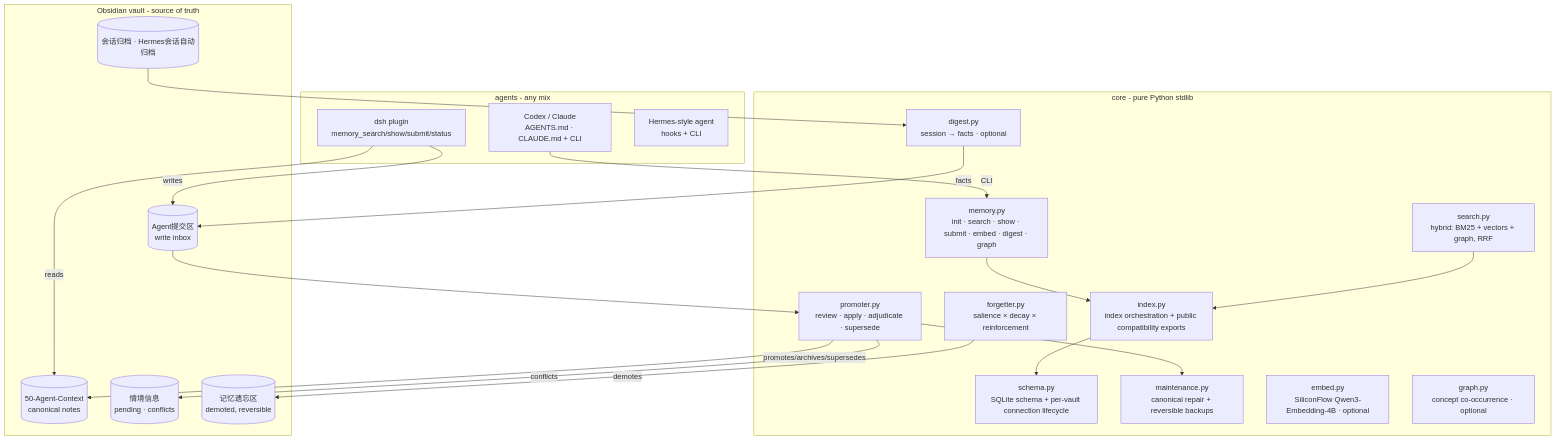
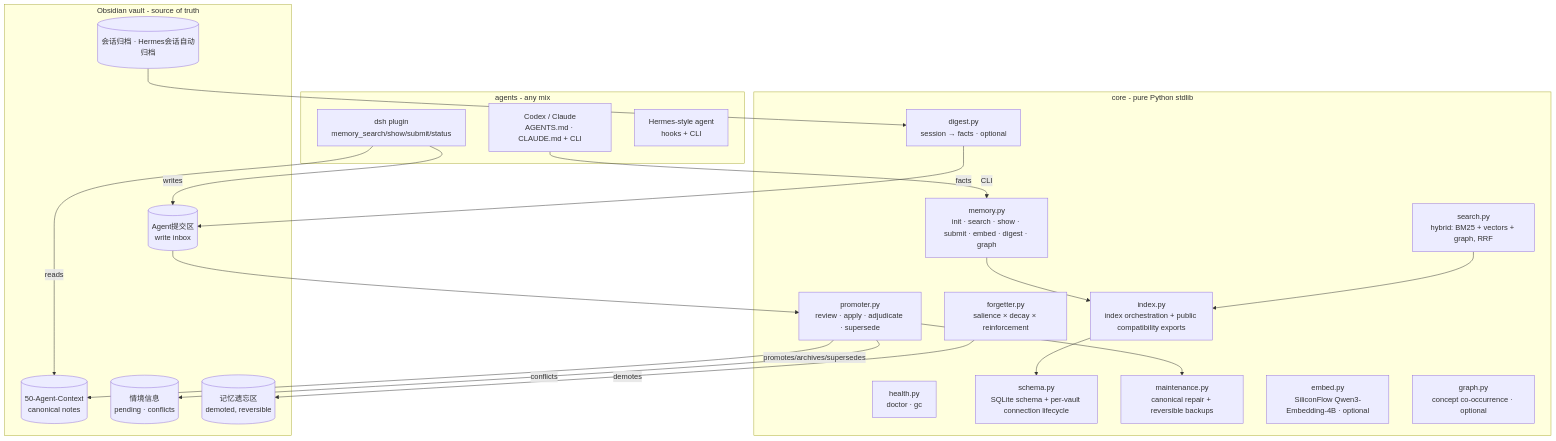
Before and after one commit to Noelune/unified-agent-memory: the diagram in docs/ARCHITECTURE.md, drawn with Mermaid. The commit also changed other lines of this file and 32 other files, not shown here.

First line of the commit message:
feat(core): 0.8.0 — Hermes dialect parsing, CJK retrieval, bounded graph, health tooling

````diff
--- a/docs/ARCHITECTURE.md
+++ b/docs/ARCHITECTURE.md
@@ -25,43 +25,44 @@
 ```mermaid
 flowchart TB
     subgraph Agents [agents - any mix]
         D[dsh plugin<br/>memory_search/show/submit/status]
         C[Codex / Claude<br/>AGENTS.md · CLAUDE.md + CLI]
         H[Hermes-style agent<br/>hooks + CLI]
     end
 
     subgraph Core [core - pure Python stdlib]
         M[memory.py<br/>init · search · show · submit · embed · digest · graph]
         P[promoter.py<br/>review · apply · adjudicate · supersede]
         F[forgetter.py<br/>salience × decay × reinforcement]
+        HC[health.py<br/>doctor · gc]
         I[index.py<br/>index orchestration + public compatibility exports]
         SC[schema.py<br/>SQLite schema + per-vault connection lifecycle]
         MA[maintenance.py<br/>canonical repair + reversible backups]
         S[search.py<br/>hybrid: BM25 + vectors + graph, RRF]
         E[embed.py<br/>SiliconFlow Qwen3-Embedding-4B · optional]
         G[graph.py<br/>concept co-occurrence · optional]
         DG[digest.py<br/>session → facts · optional]
     end
 
     subgraph Vault [Obsidian vault - source of truth]
         CAN[(50-Agent-Context<br/>canonical notes)]
         INBOX[(Agent提交区<br/>write inbox)]
         SIT[(情境信息<br/>pending · conflicts)]
         FORG[(记忆遗忘区<br/>demoted, reversible)]
         ARCH[(会话归档 · Hermes会话自动归档)]
     end
 
     D -->|reads| CAN
     D -->|writes| INBOX
     C -->|CLI| M
     M --> I
     I --> SC
     P --> MA
     S --> I
     P -->|promotes/archives/supersedes| CAN
     P -->|conflicts| SIT
     F -->|demotes| FORG
     DG -->|facts| INBOX
     INBOX --> P
     ARCH --> DG
 ```
````
